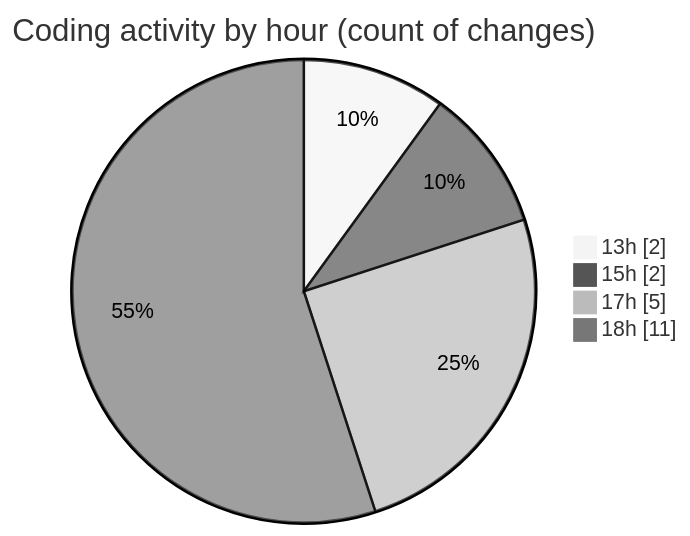
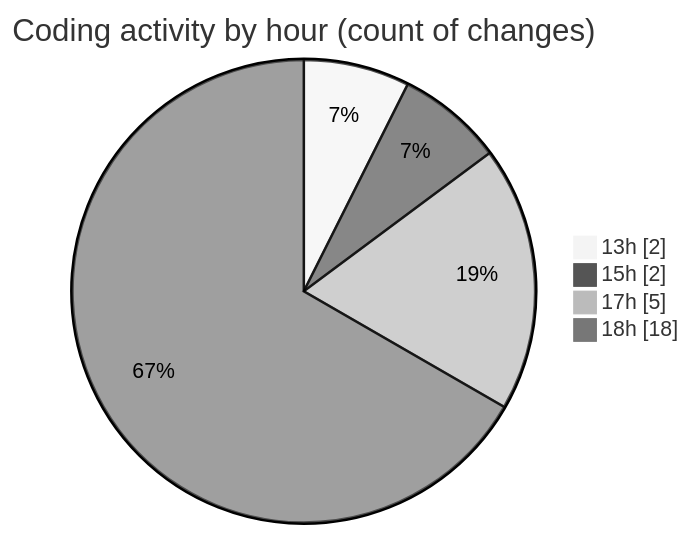
Before and after one commit to JenPaints/code-tracking: the second of 2 diagrams in 2025-06-23/archive/README.md, drawn with Mermaid (neutral theme). The commit also changed other lines of this file and 1 other file, not shown here.

````diff
--- a/2025-06-23/archive/README.md
+++ b/2025-06-23/archive/README.md
@@ -37,8 +38,8 @@
 ```mermaid
 pie showData
 title Coding activity by hour (count of changes)
 "13h" : 2
 "15h" : 2
 "17h" : 5
-"18h" : 11
+"18h" : 18
 ```
````
